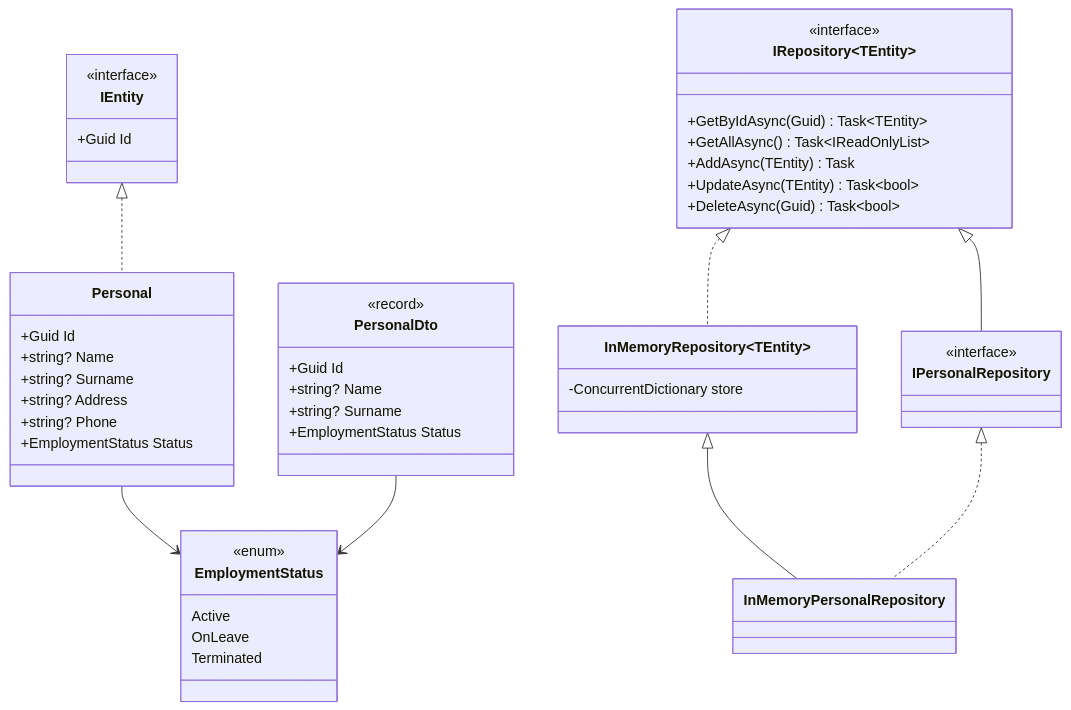
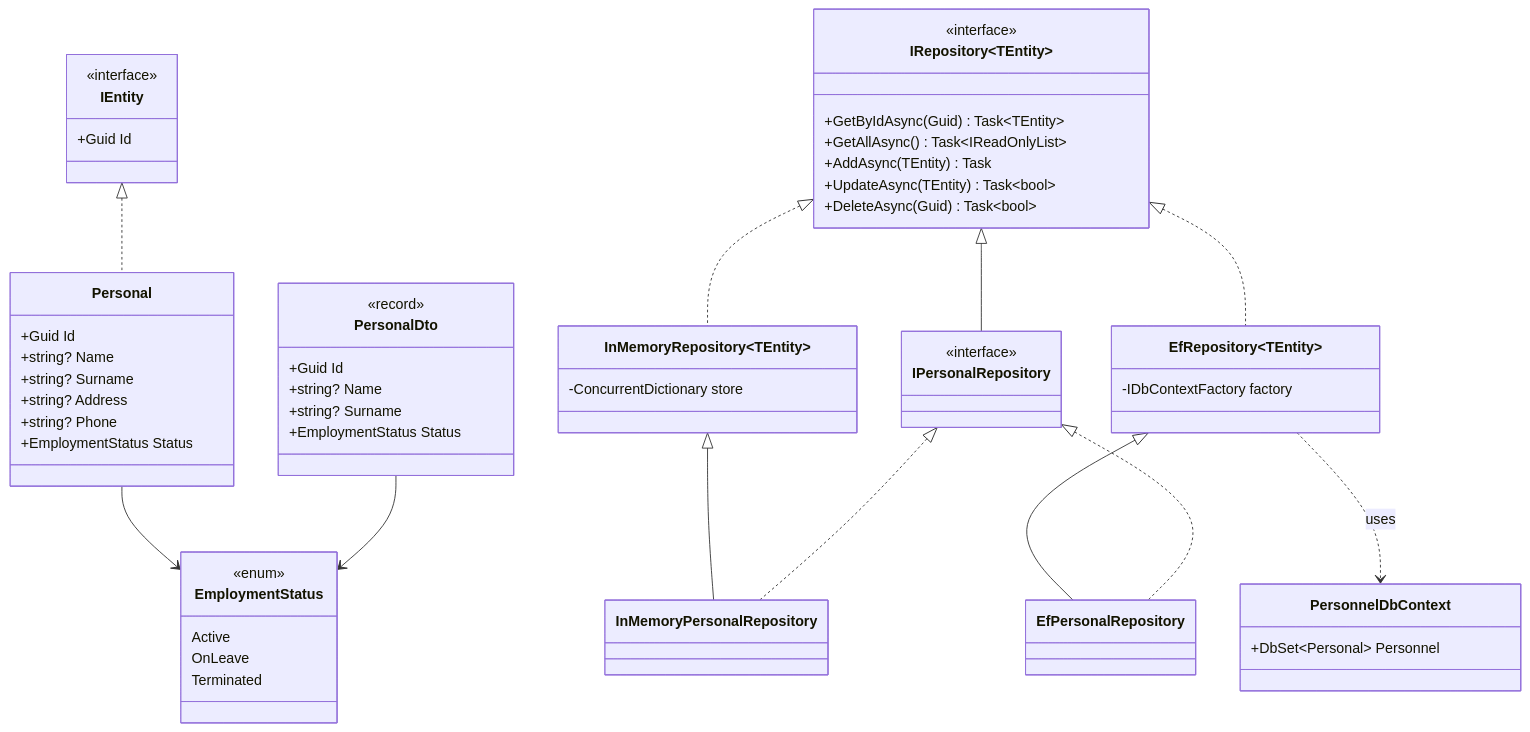
One commit to BenoitGoethals/PersonalManager changed the second of 6 diagrams in README.md. Above: the diagram before and after it, drawn with Mermaid. The commit also changed other lines of this file and 21 other files, not shown here.

````diff
--- a/README.md
+++ b/README.md
@@ -140,52 +171,63 @@
 ```mermaid
 classDiagram
     class IEntity {
       <<interface>>
       +Guid Id
     }
     class Personal {
       +Guid Id
       +string? Name
       +string? Surname
       +string? Address
       +string? Phone
       +EmploymentStatus Status
     }
     class PersonalDto {
       <<record>>
       +Guid Id
       +string? Name
       +string? Surname
       +EmploymentStatus Status
     }
     class EmploymentStatus {
       <<enum>>
       Active
       OnLeave
       Terminated
     }
 
     class IRepository~TEntity~ {
       <<interface>>
       +GetByIdAsync(Guid) Task~TEntity~
       +GetAllAsync() Task~IReadOnlyList~
       +AddAsync(TEntity) Task
       +UpdateAsync(TEntity) Task~bool~
       +DeleteAsync(Guid) Task~bool~
     }
     class IPersonalRepository {
       <<interface>>
     }
     class InMemoryRepository~TEntity~ {
       -ConcurrentDictionary store
     }
     class InMemoryPersonalRepository
+    class EfRepository~TEntity~ {
+      -IDbContextFactory factory
+    }
+    class EfPersonalRepository
+    class PersonnelDbContext {
+      +DbSet~Personal~ Personnel
+    }
 
     IEntity <|.. Personal
     IRepository~TEntity~ <|-- IPersonalRepository
     IRepository~TEntity~ <|.. InMemoryRepository~TEntity~
     InMemoryRepository~TEntity~ <|-- InMemoryPersonalRepository
     IPersonalRepository <|.. InMemoryPersonalRepository
+    IRepository~TEntity~ <|.. EfRepository~TEntity~
+    EfRepository~TEntity~ <|-- EfPersonalRepository
+    IPersonalRepository <|.. EfPersonalRepository
+    EfRepository~TEntity~ ..> PersonnelDbContext : uses
     Personal --> EmploymentStatus
     PersonalDto --> EmploymentStatus
 ```
````
